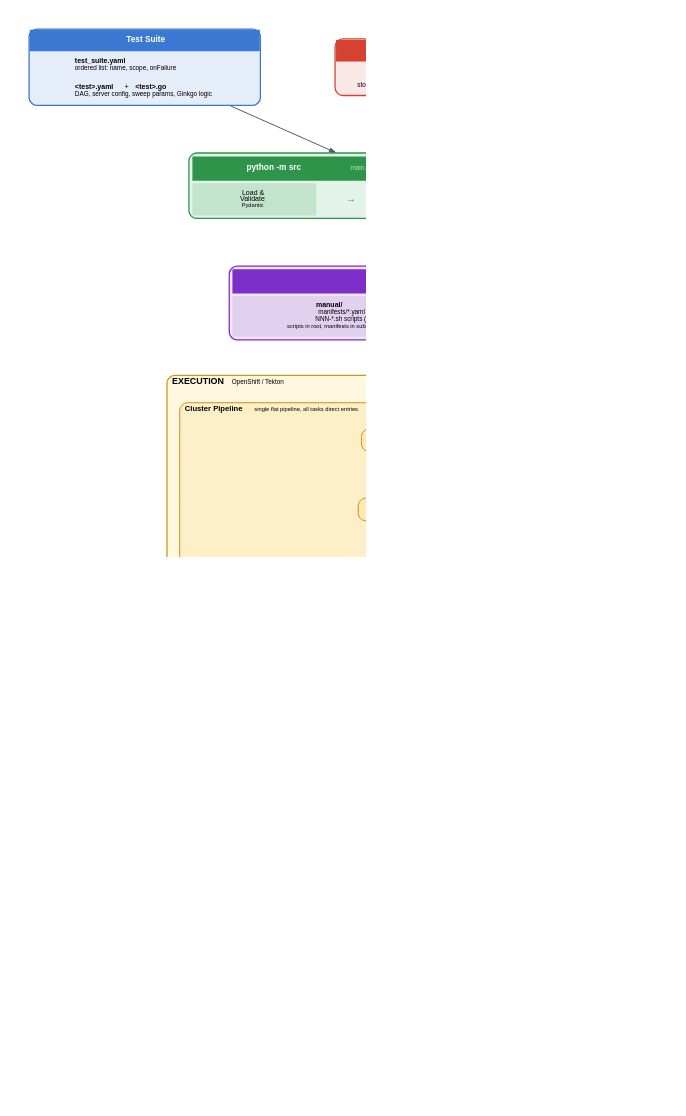
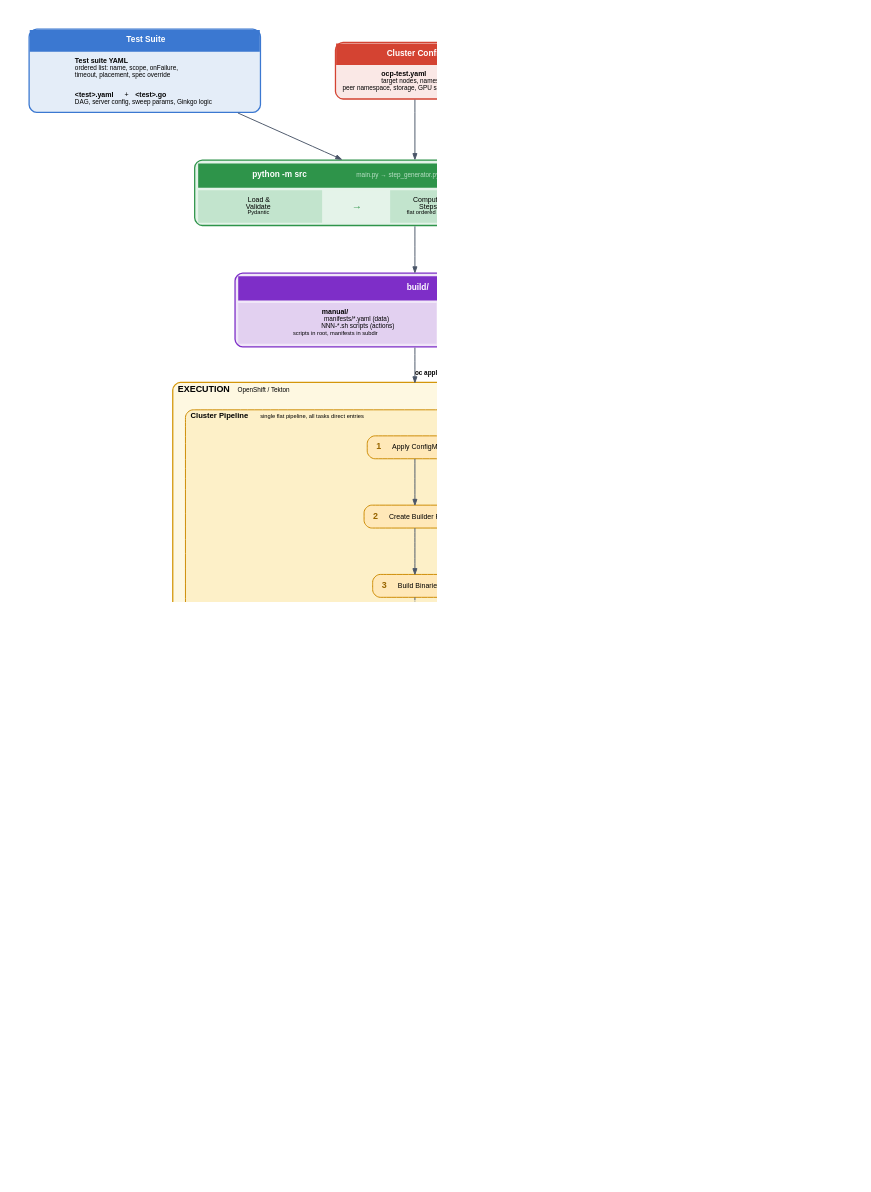
The diagram in img/architecture.dot (asanaullah/ai-inference-uat), drawn with Graphviz before and after one commit. The commit also changed 37 other files, not shown here.

Commit message:
added peer namespace support, kserve/ping tests, and updated all documentation to match current code

```diff
--- a/img/architecture.dot
+++ b/img/architecture.dot
@@ -24,8 +24,9 @@
                 <FONT COLOR="white" POINT-SIZE="13"><B>Test Suite</B></FONT>
             </TD></TR>
             <TR><TD ALIGN="LEFT" COLSPAN="2">
-                <FONT POINT-SIZE="11"><B>test_suite.yaml</B></FONT><BR ALIGN="LEFT"/>
-                <FONT POINT-SIZE="10" COLOR="#555">ordered list: name, scope, onFailure</FONT>
+                <FONT POINT-SIZE="11"><B>Test suite YAML</B></FONT><BR ALIGN="LEFT"/>
+                <FONT POINT-SIZE="10" COLOR="#555">ordered list: name, scope, onFailure,</FONT><BR ALIGN="LEFT"/>
+                <FONT POINT-SIZE="10" COLOR="#555">timeout, placement, spec override</FONT>
             </TD></TR>
             <TR><TD ALIGN="LEFT" COLSPAN="2">
                 <FONT POINT-SIZE="11"><B>&lt;test&gt;.yaml</B> + <B>&lt;test&gt;.go</B></FONT><BR ALIGN="LEFT"/>
@@ -42,7 +43,7 @@
             </TD></TR>
             <TR><TD ALIGN="LEFT">
                 <FONT POINT-SIZE="11"><B>ocp-test.yaml</B></FONT><BR ALIGN="LEFT"/>
-                <FONT POINT-SIZE="10" COLOR="#555">target nodes, namespace,<BR ALIGN="LEFT"/>storage, GPU specs</FONT>
+                <FONT POINT-SIZE="10" COLOR="#555">target nodes, namespace,<BR ALIGN="LEFT"/>peer namespace, storage, GPU specs</FONT>
             </TD></TR>
         </TABLE>
     >]
@@ -154,6 +155,13 @@
                 </TABLE>>
                 fillcolor="#ffe8b8" color="#cc8a00"]
 
+            peer_setup [label=<
+                <TABLE BORDER="0" CELLBORDER="0" CELLSPACING="0" CELLPADDING="6">
+                    <TR><TD><FONT POINT-SIZE="11">Peer Setup</FONT></TD></TR>
+                    <TR><TD><FONT POINT-SIZE="9" COLOR="#555">ConfigMap + builder + build<BR/>in peer namespace</FONT></TD></TR>
+                </TABLE>>
+                fillcolor="#fff5dd" color="#cc8a00" style="rounded,filled,dashed"]
+
             test_execution [shape=plaintext margin=0 label=<
                 <TABLE BORDER="2" CELLBORDER="0" CELLSPACING="4" CELLPADDING="10"
                        BGCOLOR="#e8eef8" COLOR="#354999" STYLE="ROUNDED">
@@ -161,7 +169,7 @@
                         <TABLE BORDER="0" CELLBORDER="0" CELLSPACING="0" CELLPADDING="4">
                             <TR><TD><FONT COLOR="white" POINT-SIZE="14"><B>4</B></FONT></TD>
                                 <TD><FONT COLOR="white" POINT-SIZE="12"><B>  Test Task Chains</B></FONT></TD>
-                                <TD><FONT COLOR="#9aa1cc" POINT-SIZE="10">  in test_suite.yaml list order</FONT></TD></TR>
+                                <TD><FONT COLOR="#9aa1cc" POINT-SIZE="10">  in test suite list order</FONT></TD></TR>
                         </TABLE>
                     </TD></TR>
                     <TR>
@@ -178,7 +186,7 @@
                         <TD BGCOLOR="#dde4f0" VALIGN="TOP">
                             <FONT POINT-SIZE="11"><B>scope: project</B></FONT><BR/>
                             <FONT POINT-SIZE="10" COLOR="#555">no node affinity,<BR/>namespace-level</FONT><BR/><BR/>
-                            <FONT FACE="Courier" POINT-SIZE="9">quota/RBAC checks<BR/>→ network policies<BR/>→ collect results</FONT>
+                            <FONT FACE="Courier" POINT-SIZE="9">RBAC/connectivity<BR/>→ cross-namespace<BR/>→ collect results</FONT>
                         </TD>
                     </TR>
                     <TR><TD COLSPAN="3">
@@ -216,15 +224,24 @@
                             <TD><FONT POINT-SIZE="11">  Cleanup</FONT></TD></TR>
                     </TABLE>>
                     fillcolor="#ffe8b8" color="#cc8a00"]
+
+                peer_finally [label=<
+                    <TABLE BORDER="0" CELLBORDER="0" CELLSPACING="0" CELLPADDING="6">
+                        <TR><TD><FONT POINT-SIZE="11">Peer Finally</FONT></TD></TR>
+                        <TR><TD><FONT POINT-SIZE="9" COLOR="#555">aggregator + aggregate + cleanup<BR/>in peer namespace</FONT></TD></TR>
+                    </TABLE>>
+                    fillcolor="#fff5dd" color="#cc8a00" style="rounded,filled,dashed"]
             }
 
             // edges within cluster pipeline
             apply_configmap -> create_builder
             create_builder -> build_binaries
-            build_binaries -> test_execution
+            build_binaries -> peer_setup [style=dashed]
+            peer_setup -> test_execution [style=dashed]
             test_execution -> create_aggregator [style=dashed]
             create_aggregator -> aggregate
             aggregate -> cleanup_step
+            cleanup_step -> peer_finally [style=dashed]
         }
     }
 
```
